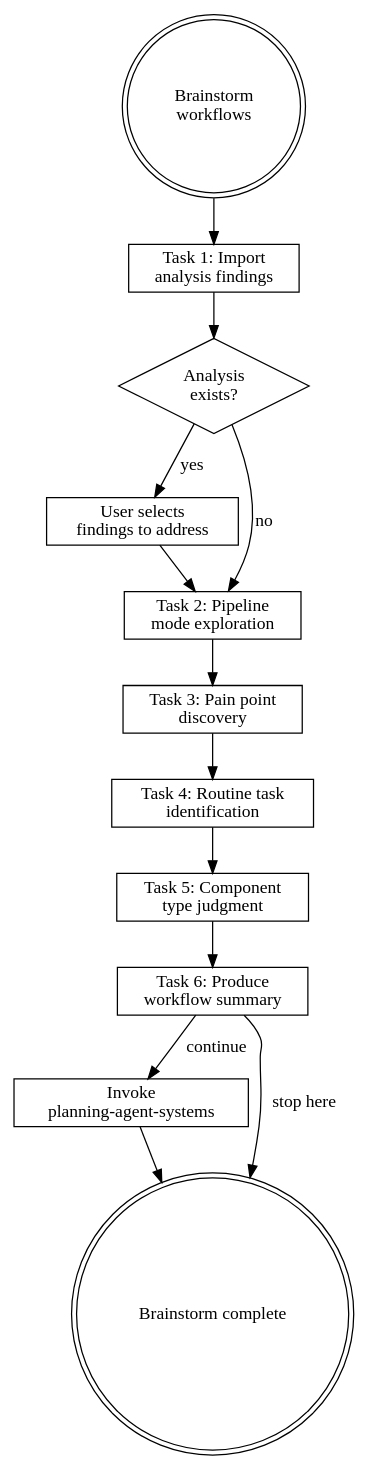
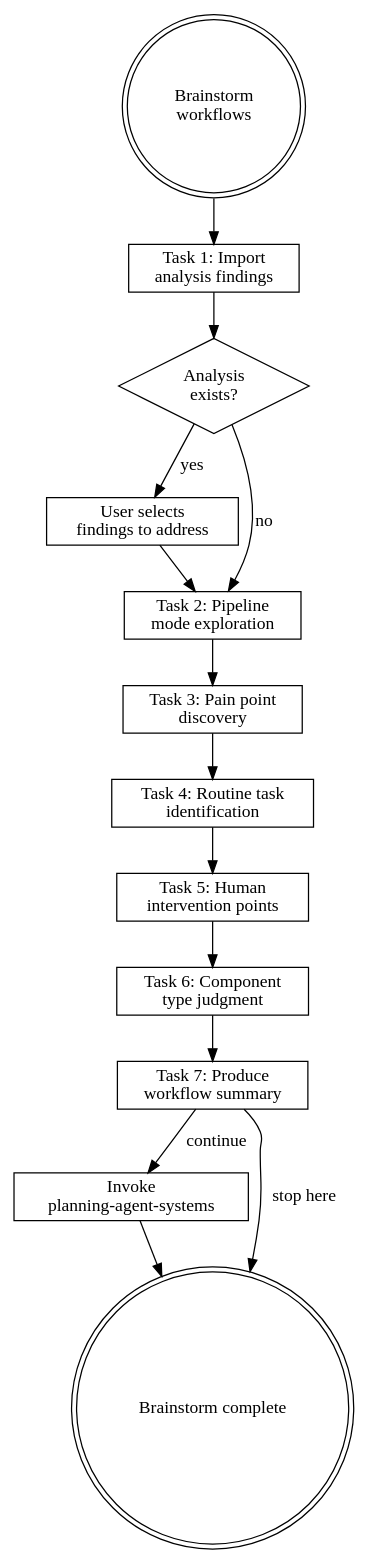
One commit to wayne930242/Reflexive-Claude-Code changed the diagram in plugins/rcc/skills/brainstorming-workflows/SKILL.md. Above: the diagram before and after it, drawn with Graphviz. The commit also changed other lines of this file and 6 other files, not shown here.

````diff
--- a/plugins/rcc/skills/brainstorming-workflows/SKILL.md
+++ b/plugins/rcc/skills/brainstorming-workflows/SKILL.md
@@ -181,30 +181,32 @@
 ```dot
 digraph brainstorm_workflows {
     rankdir=TB;
 
     start [label="Brainstorm\nworkflows", shape=doublecircle];
     import [label="Task 1: Import\nanalysis findings", shape=box];
     has_analysis [label="Analysis\nexists?", shape=diamond];
     select [label="User selects\nfindings to address", shape=box];
     pipeline [label="Task 2: Pipeline\nmode exploration", shape=box];
     pain [label="Task 3: Pain point\ndiscovery", shape=box];
     routine [label="Task 4: Routine task\nidentification", shape=box];
-    component [label="Task 5: Component\ntype judgment", shape=box];
-    summary [label="Task 6: Produce\nworkflow summary", shape=box];
+    hitl [label="Task 5: Human\nintervention points", shape=box];
+    component [label="Task 6: Component\ntype judgment", shape=box];
+    summary [label="Task 7: Produce\nworkflow summary", shape=box];
     handoff [label="Invoke\nplanning-agent-systems", shape=box];
     done [label="Brainstorm complete", shape=doublecircle];
 
     start -> import;
     import -> has_analysis;
     has_analysis -> select [label="yes"];
     has_analysis -> pipeline [label="no"];
     select -> pipeline;
     pipeline -> pain;
     pain -> routine;
-    routine -> component;
+    routine -> hitl;
+    hitl -> component;
     component -> summary;
     summary -> handoff [label="continue"];
     summary -> done [label="stop here"];
     handoff -> done;
 }
 ```
````
